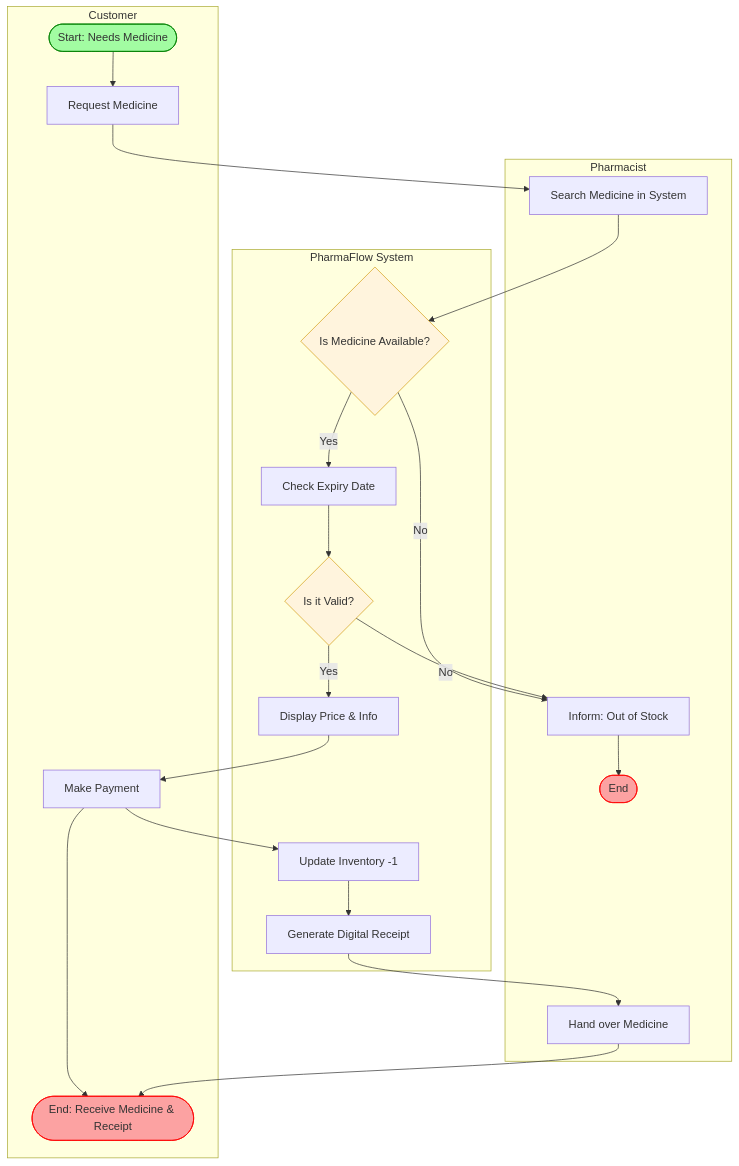
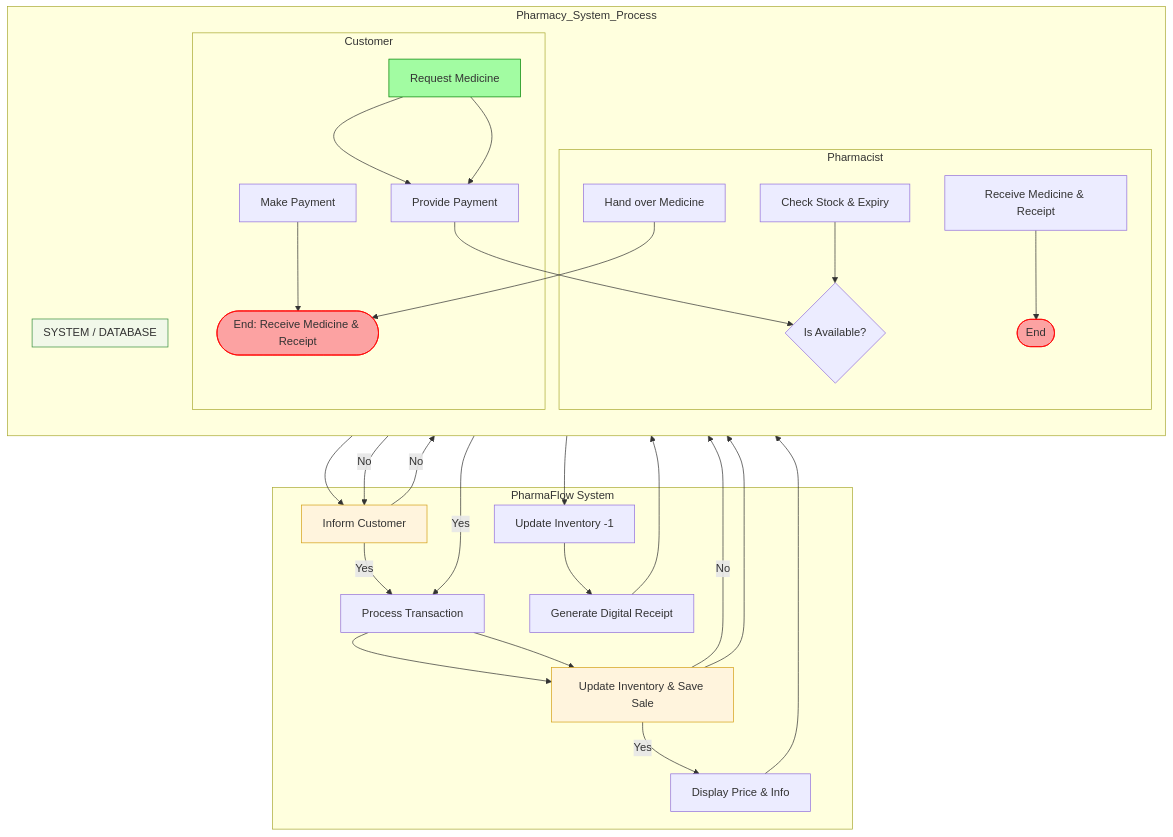
Before and after one commit to Manager02087/System-Analysis-and-Design-SAD---Project-Plan: the diagram in docs/week2-bpm(foto_diagramma).md, drawn with Mermaid.

Commit message:
Update week2-bpm(foto_diagramma).md
Yangilanishning oxirgi versiyasi

````diff
--- a/docs/week2-bpm(foto_diagramma).md
+++ b/docs/week2-bpm(foto_diagramma).md
@@ -1,34 +1,58 @@
 ```mermaid
 graph TD
     %% Roles/Lanes definition
     subgraph Customer_Lane [Customer]
         A([Start: Needs Medicine]) --> B[Request Medicine]
         L[Make Payment] --> M([End: Receive Medicine & Receipt])
     end
 
     subgraph Pharmacist_Lane [Pharmacist]
         B --> C[Search Medicine in System]
         G[Inform: Out of Stock] --> N([End])
         K[Hand over Medicine] --> M
     end
 
     subgraph System_Lane [PharmaFlow System]
         C --> D{Is Medicine Available?}
         D -- No --> G
         D -- Yes --> E[Check Expiry Date]
         E --> F{Is it Valid?}
         F -- No --> G
         F -- Yes --> H[Display Price & Info]
         H --> L
         L --> I[Update Inventory -1]
         I --> J[Generate Digital Receipt]
         J --> K
     end
 
     %% Styling
     style A fill:#a2fca2,stroke:#008000
     style N fill:#fca2a2,stroke:#ff0000
     style M fill:#fca2a2,stroke:#ff0000
     style D fill:#fff4dd,stroke:#d4a017
     style F fill:#fff4dd,stroke:#d4a017
+
+    subgraph Pharmacy_System_Process
+        direction TB
+        subgraph Customer_Lane [CUSTOMER]
+            A[Request Medicine] --> B[Provide Payment]
+            G[Receive Medicine & Receipt]
+        end
+
+        subgraph Pharmacist_Lane [PHARMACIST]
+            B1[Check Stock & Expiry] --> C{Is Available?}
+            C -- No --> D[Inform Customer]
+            C -- Yes --> E[Process Transaction]
+        end
+
+        subgraph Database_Lane [SYSTEM / DATABASE]
+            E --> F[Update Inventory & Save Sale]
+            F --> G
+        end
+    end
+
+    %% Styles
+    style Customer_Lane fill:#e3f2fd,stroke:#0d47a1
+    style Pharmacist_Lane fill:#fff9c4,stroke:#fbc02d
+    style Database_Lane fill:#f1f8e9,stroke:#388e3c
 ```
````
